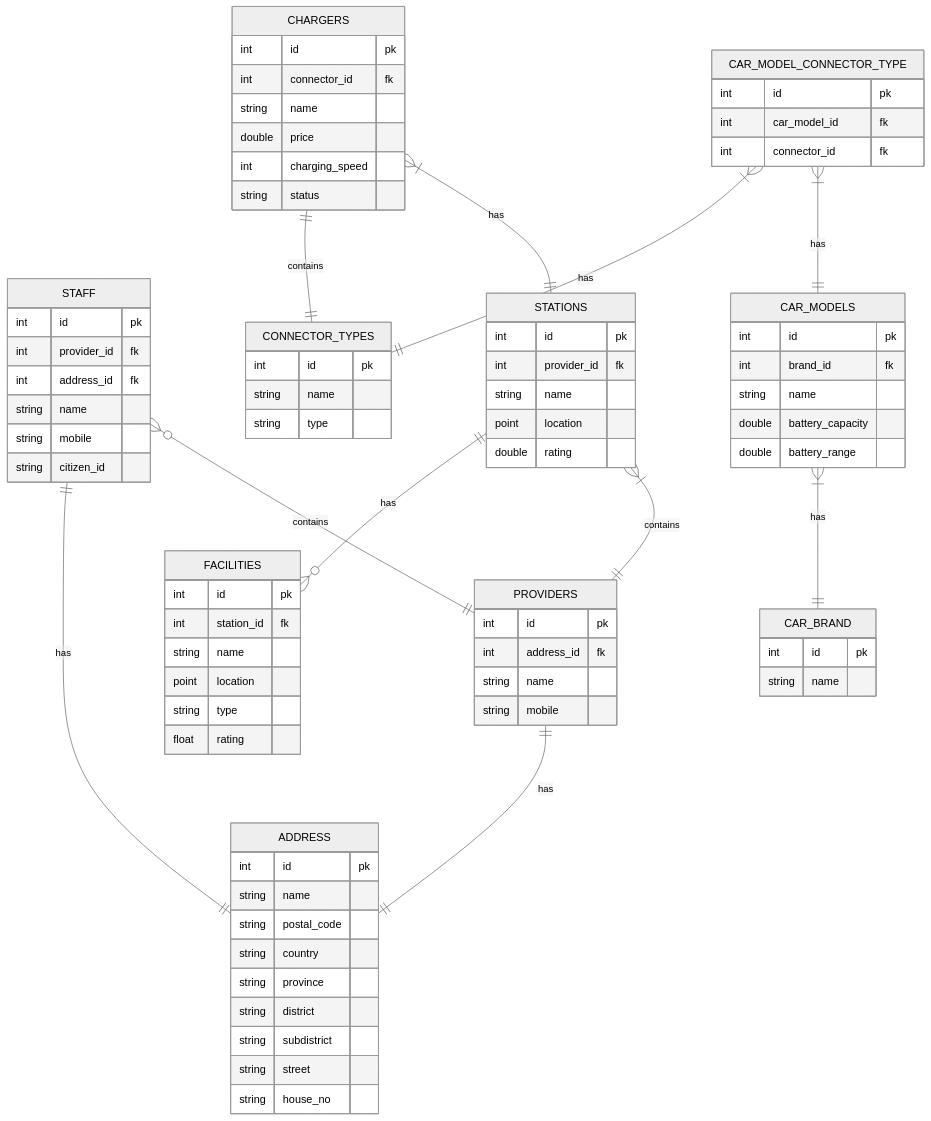
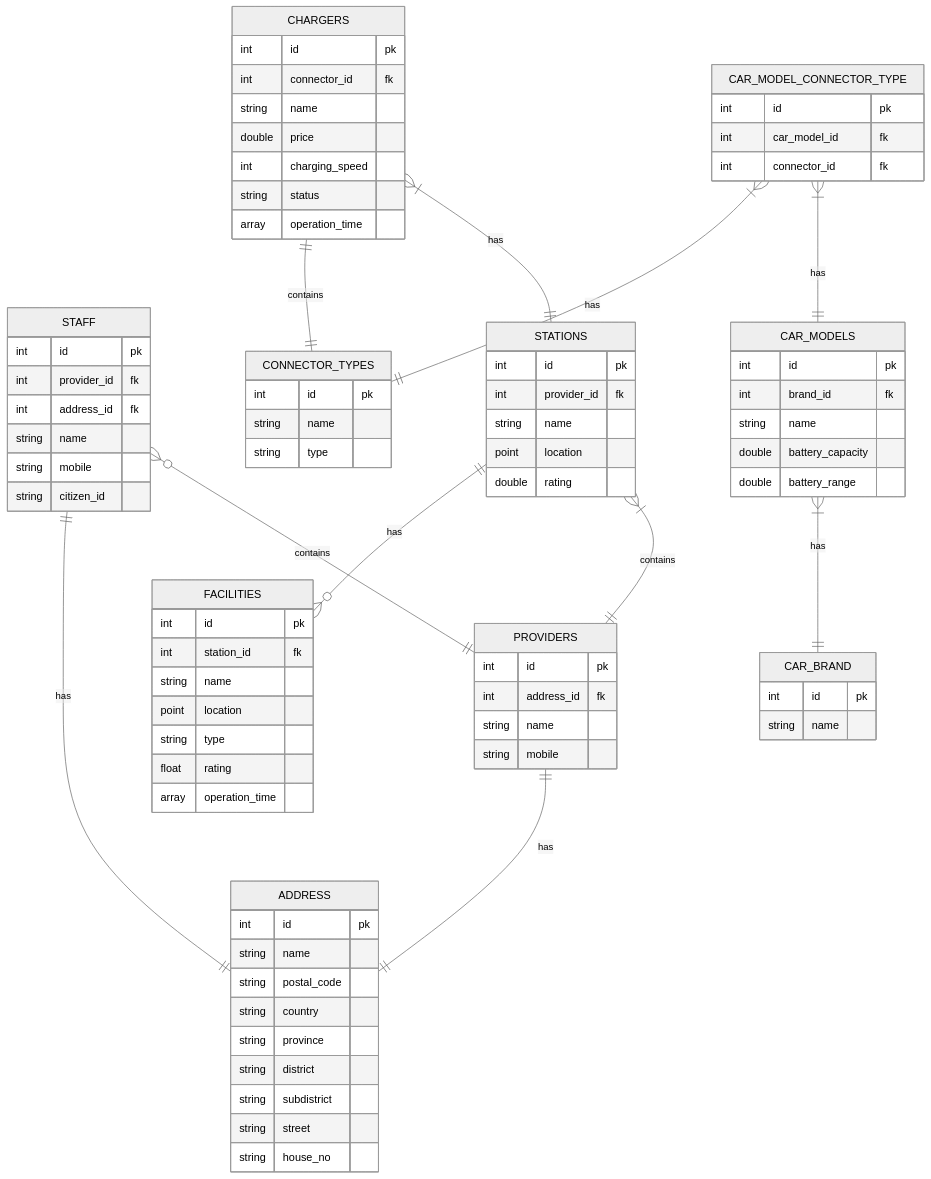
The diagram in db.md (ongzasad/ev-trip-planner), drawn with Mermaid (neutral theme) before and after one commit.

Commit message:
add operation time

```diff
--- a/db.md
+++ b/db.md
@@ -33,6 +33,7 @@
             point location
             string type
             float rating
+            array operation_time
         }
         CHARGERS {
             int id pk
@@ -41,6 +42,7 @@
             double price
             int charging_speed
             string status
+            array operation_time
         }
         STATIONS {
             int id pk
```
